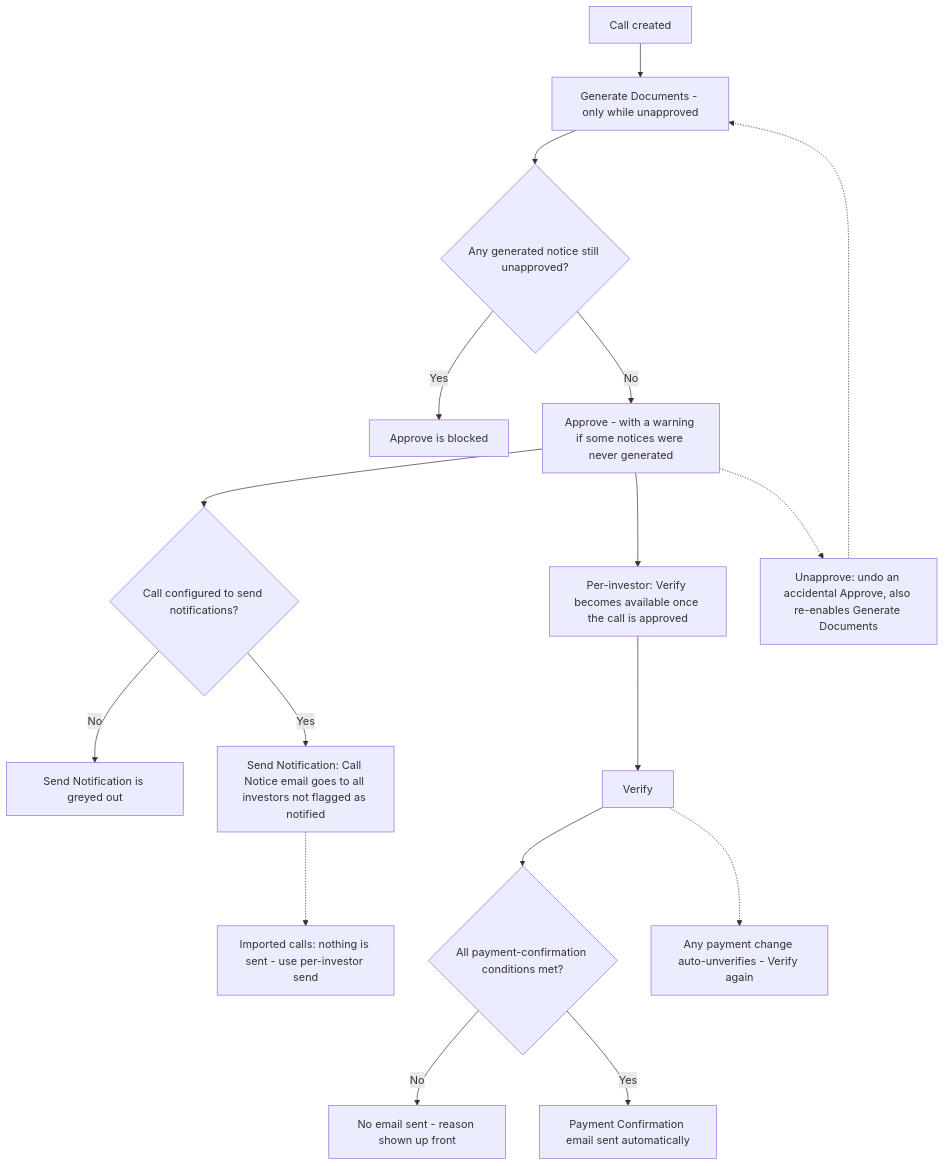
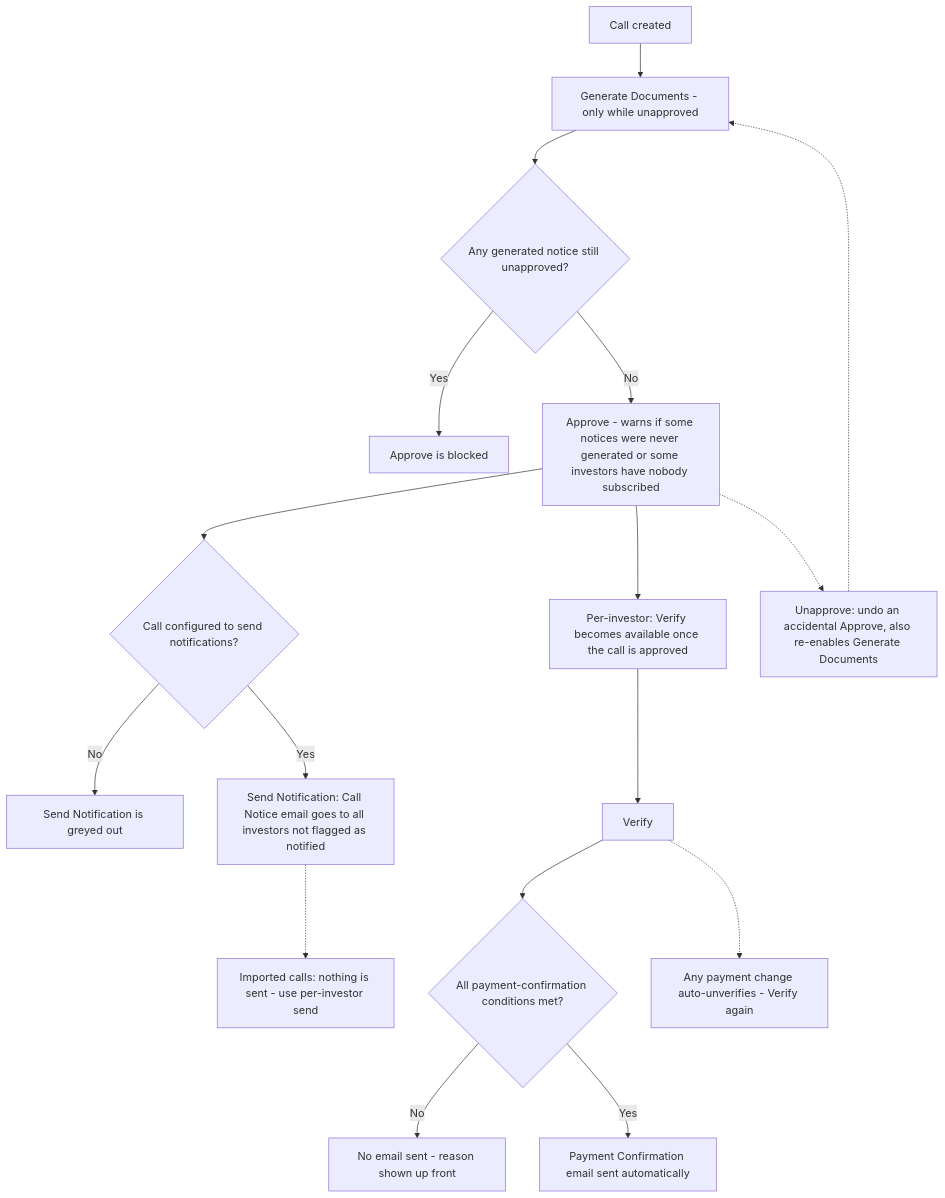
One commit to sampadadiwan/IRM_CompanyMain changed the diagram in docs/user_guides/capital_call_actions_and_notifications_matrix.md. Above: the diagram before and after it, drawn with Mermaid. The commit also changed other lines of this file and 19 other files, not shown here.

````diff
--- a/docs/user_guides/capital_call_actions_and_notifications_matrix.md
+++ b/docs/user_guides/capital_call_actions_and_notifications_matrix.md
@@ -62,19 +63,19 @@
 ```mermaid
 flowchart TD
     A[Call created] --> A1[Generate Documents - only while unapproved]
     A1 --> B{Any generated notice still unapproved?}
     B -- Yes --> B1[Approve is blocked]
-    B -- No --> C[Approve - with a warning if some notices were never generated]
+    B -- No --> C[Approve - warns if some notices were never generated or some investors have nobody subscribed]
     C --> D{Call configured to send notifications?}
     D -- No --> D1[Send Notification is greyed out]
     D -- Yes --> E[Send Notification: Call Notice email goes to all investors not flagged as notified]
     E -.-> E1[Imported calls: nothing is sent - use per-investor send]
     C --> F[Per-investor: Verify becomes available once the call is approved]
     F --> G[Verify]
     G --> H{All payment-confirmation conditions met?}
     H -- No --> H1[No email sent - reason shown up front]
     H -- Yes --> I[Payment Confirmation email sent automatically]
     G -.-> G1[Any payment change auto-unverifies - Verify again]
     C -.-> J[Unapprove: undo an accidental Approve, also re-enables Generate Documents]
     J -.-> A1
 ```
````
